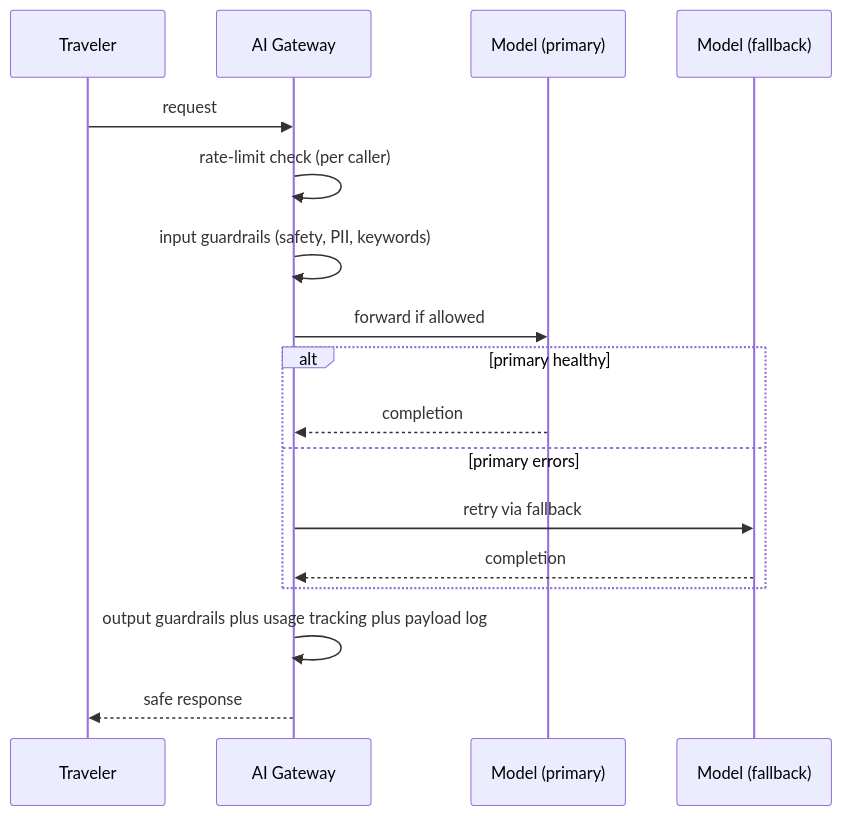
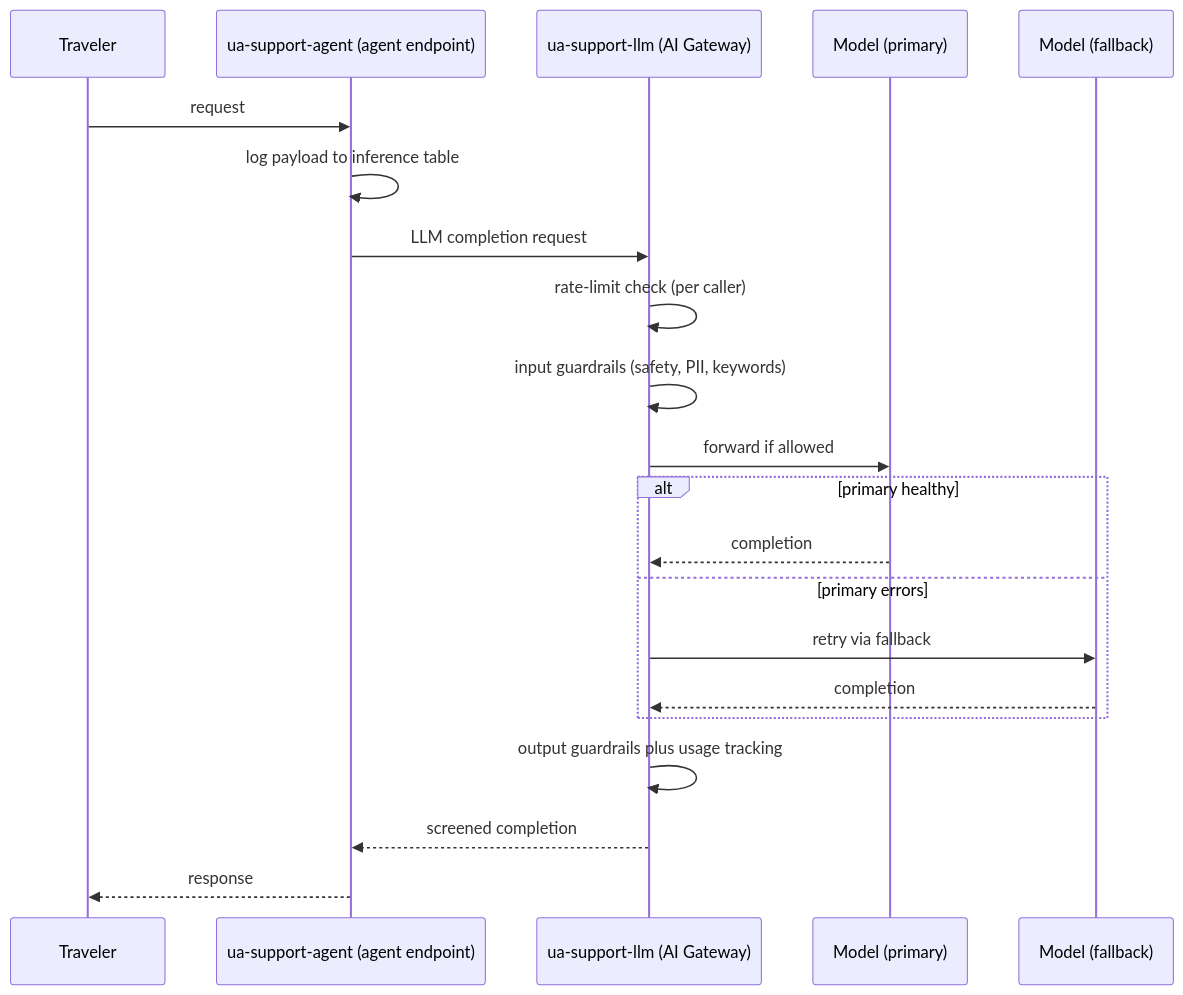
One commit to Sourav692/9.-Databricks-Generative-AI_-End-to-End changed the second of 2 diagrams in modules/11-deployment-serving/ai-gateway.md. Above: the diagram before and after it, drawn with Mermaid. The commit also changed other lines of this file and 34 other files, not shown here.

````diff
--- a/modules/11-deployment-serving/ai-gateway.md
+++ b/modules/11-deployment-serving/ai-gateway.md
@@ -74,19 +78,23 @@
 ```mermaid
 sequenceDiagram
   participant U as Traveler
-  participant GW as AI Gateway
+  participant AG as ua-support-agent (agent endpoint)
+  participant GW as ua-support-llm (AI Gateway)
   participant M as Model (primary)
   participant F as Model (fallback)
-  U->>GW: request
+  U->>AG: request
+  AG->>AG: log payload to inference table
+  AG->>GW: LLM completion request
   GW->>GW: rate-limit check (per caller)
   GW->>GW: input guardrails (safety, PII, keywords)
   GW->>M: forward if allowed
   alt primary healthy
     M-->>GW: completion
   else primary errors
     GW->>F: retry via fallback
     F-->>GW: completion
   end
-  GW->>GW: output guardrails plus usage tracking plus payload log
-  GW-->>U: safe response
+  GW->>GW: output guardrails plus usage tracking
+  GW-->>AG: screened completion
+  AG-->>U: response
 ```
````
